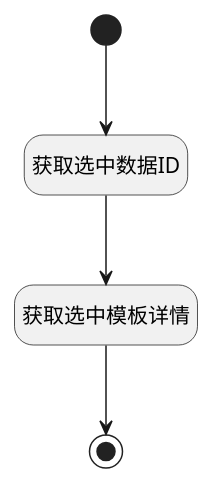
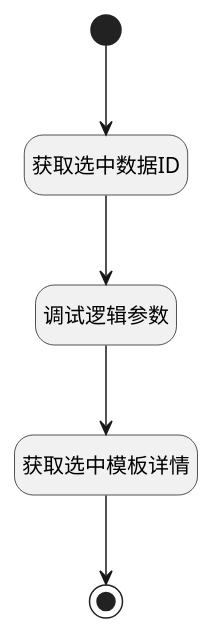
The diagram in doc/docsify/module/TestMgmt/test_case/logic/choose_case_template.md (iBizLab/plm), drawn with PlantUML before and after one commit. The commit also changed other lines of this file and 1276 other files, not shown here.

````diff
--- a/doc/docsify/module/TestMgmt/test_case/logic/choose_case_template.md
+++ b/doc/docsify/module/TestMgmt/test_case/logic/choose_case_template.md
@@ -7,23 +7,25 @@
 ```plantuml
 @startuml
 hide empty description
 <style>
 root {
   HyperlinkColor #42b983
 }
 </style>
 
 hide empty description
 state "开始" as Begin <<start>> [[$./choose_case_template#begin {"开始"}]]
 state "结束" as END1 <<end>> [[$./choose_case_template#end1 {"结束"}]]
 state "获取选中数据ID" as PREPAREPARAM1  [[$./choose_case_template#prepareparam1 {"获取选中数据ID"}]]
+state "调试逻辑参数" as DEBUGPARAM1  [[$./choose_case_template#debugparam1 {"调试逻辑参数"}]]
 state "获取选中模板详情" as DEACTION1  [[$./choose_case_template#deaction1 {"获取选中模板详情"}]]
 
 
 Begin --> PREPAREPARAM1
-PREPAREPARAM1 --> DEACTION1
+PREPAREPARAM1 --> DEBUGPARAM1
+DEBUGPARAM1 --> DEACTION1
 DEACTION1 --> END1
 
 
 @enduml
 ```
````
